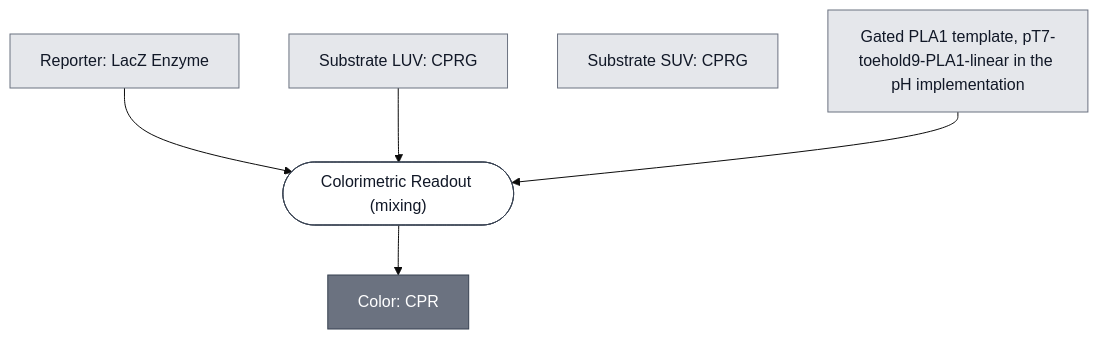
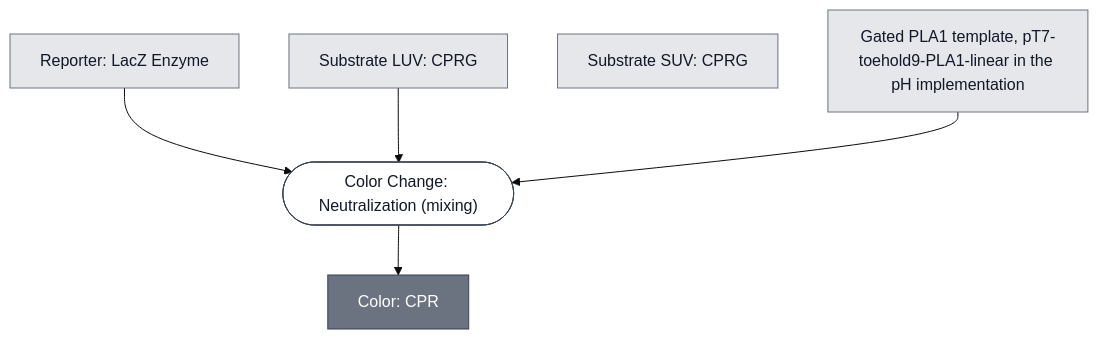
The first of 2 diagrams in docs/modules/color-change/spec.md (nucleus-eng/nucleus-docs), drawn with Mermaid (base theme) before and after one commit. The commit also changed other lines of this file and 14 other files, not shown here.

First line of the commit message:
Rename Colorimetric Readout to Color Change: Neutralization

````diff
--- a/docs/modules/color-change/spec.md
+++ b/docs/modules/color-change/spec.md
@@ -27,28 +27,28 @@
 ```mermaid
 flowchart TD
     GATED_PLA1_DNA["Gated PLA1 template, pT7-toehold9-PLA1-linear in the pH implementation"]
     SUBSTRATE_LIPOSOME_LUV["Substrate LUV: CPRG"]
     SUBSTRATE_LIPOSOME_SUV["Substrate SUV: CPRG"]
     REPORTER_LACZ_ENZYME["Reporter: LacZ Enzyme"]
 
-    P1_REPORT_COLOR_0(["Colorimetric Readout (mixing)"])
+    P1_REPORT_COLOR_0(["Color Change: Neutralization (mixing)"])
     COLOR["Color: CPR"]
 
     REPORTER_LACZ_ENZYME --> P1_REPORT_COLOR_0
     SUBSTRATE_LIPOSOME_LUV --> P1_REPORT_COLOR_0
     GATED_PLA1_DNA --> P1_REPORT_COLOR_0
     P1_REPORT_COLOR_0 --> COLOR
 
 
     classDef leaf     fill:#e5e7eb,stroke:#6b7280,color:#111827;
     classDef composed fill:#6b7280,stroke:#374151,color:#ffffff;
     classDef process  fill:#ffffff,stroke:#374151,color:#111827;
     class GATED_PLA1_DNA,SUBSTRATE_LIPOSOME_LUV,SUBSTRATE_LIPOSOME_SUV,REPORTER_LACZ_ENZYME leaf;
     class COLOR composed;
     class P1_REPORT_COLOR_0 process;
 
     click SUBSTRATE_LIPOSOME_LUV "/docs/modules/substrate-cprg-luv/spec"
     click SUBSTRATE_LIPOSOME_SUV "/docs/modules/substrate-cprg-suv/spec"
     click REPORTER_LACZ_ENZYME "/docs/modules/reporter-lacz-enzyme/spec"
-    click P1_REPORT_COLOR_0 "/docs/processes/colorimetric-readout/main"
+    click P1_REPORT_COLOR_0 "/docs/processes/color-change-neutralization/main"
 ```
````
